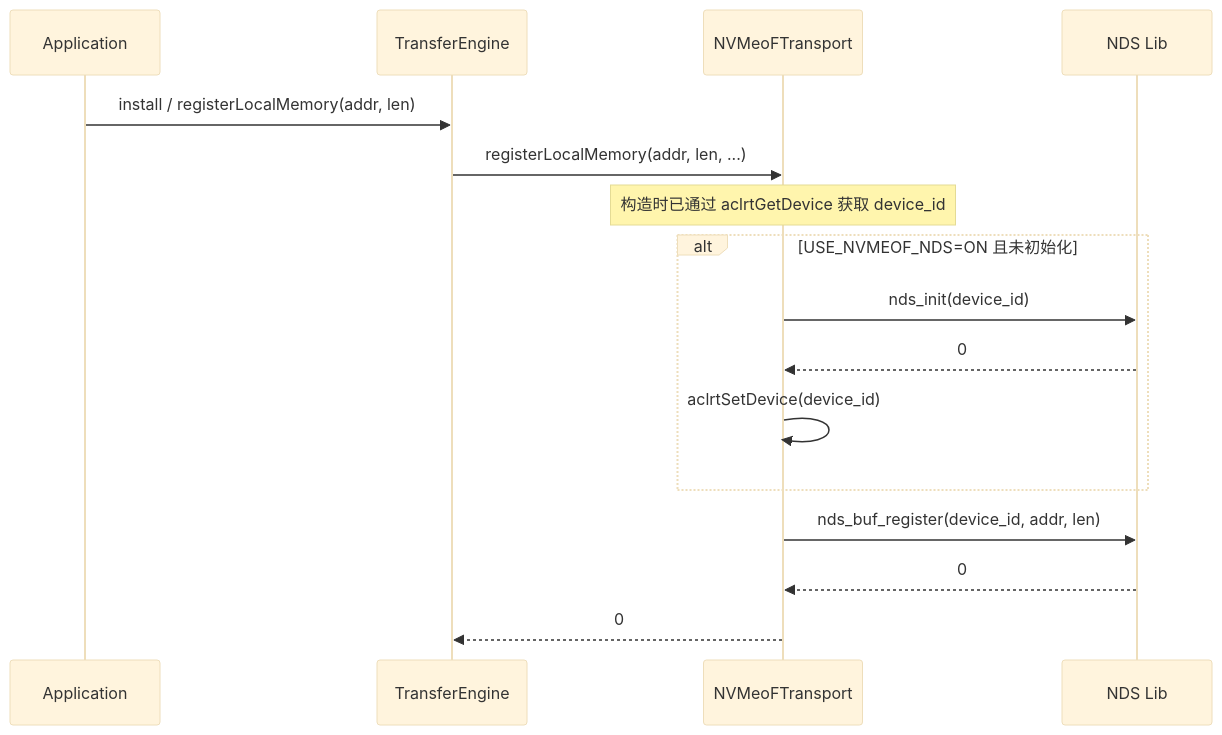
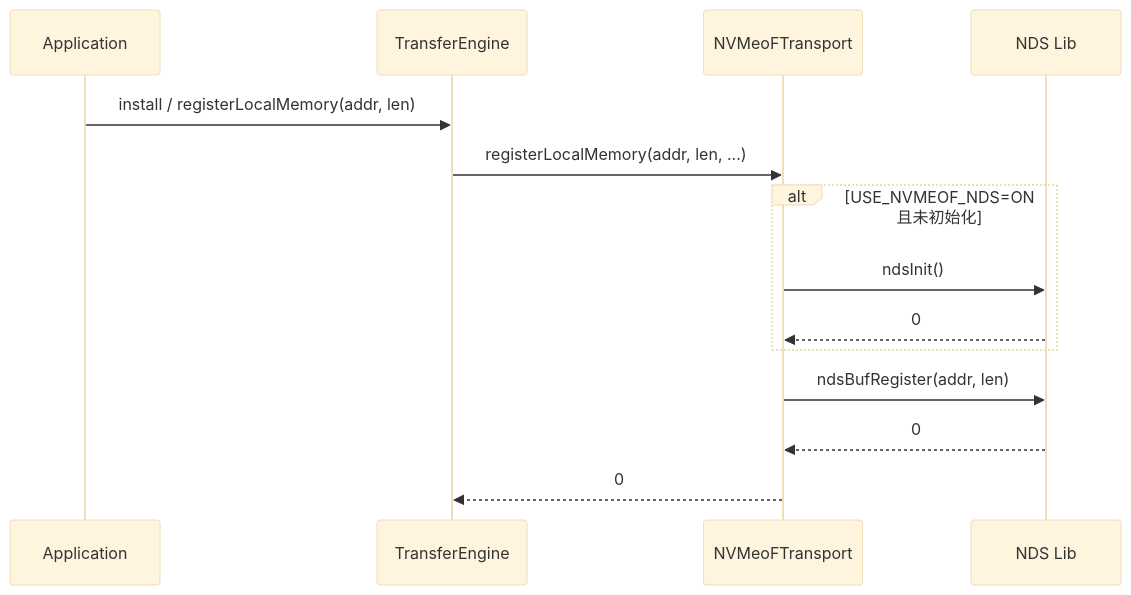
Before and after one commit to yz53665/Mooncake: the seventh of 15 diagrams in docs/rfc-nds-nvmeof-transport-cn.md, drawn with Mermaid (base theme). The commit also changed other lines of this file, not shown here.

````diff
--- a/docs/rfc-nds-nvmeof-transport-cn.md
+++ b/docs/rfc-nds-nvmeof-transport-cn.md
@@ -288,19 +285,17 @@
 ```mermaid
 sequenceDiagram
     participant App as Application
     participant TE as TransferEngine
     participant NVT as NVMeoFTransport
     participant NDS as NDS Lib
 
     App->>TE: install / registerLocalMemory(addr, len)
     TE->>NVT: registerLocalMemory(addr, len, ...)
-    Note over NVT: 构造时已通过 aclrtGetDevice 获取 device_id
     alt USE_NVMEOF_NDS=ON 且未初始化
-        NVT->>NDS: nds_init(device_id)
+        NVT->>NDS: ndsInit()
         NDS-->>NVT: 0
-        NVT->>NVT: aclrtSetDevice(device_id)
     end
-    NVT->>NDS: nds_buf_register(device_id, addr, len)
+    NVT->>NDS: ndsBufRegister(addr, len)
     NDS-->>NVT: 0
     NVT-->>TE: 0
 ```
````
